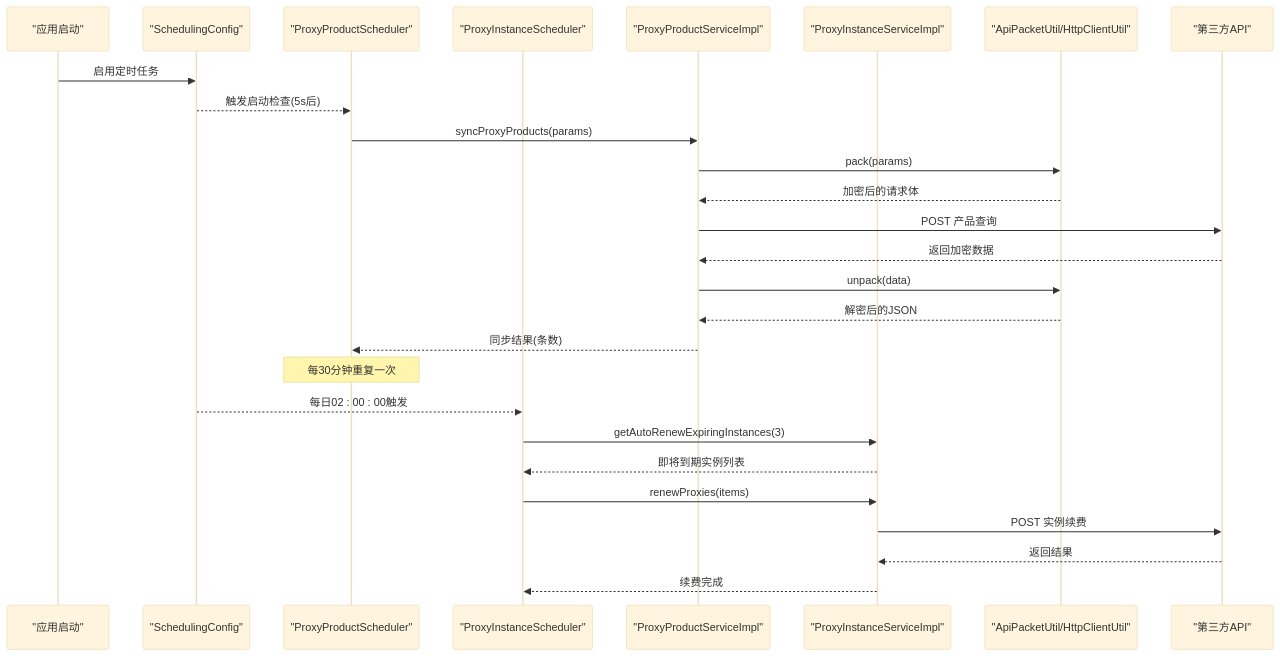
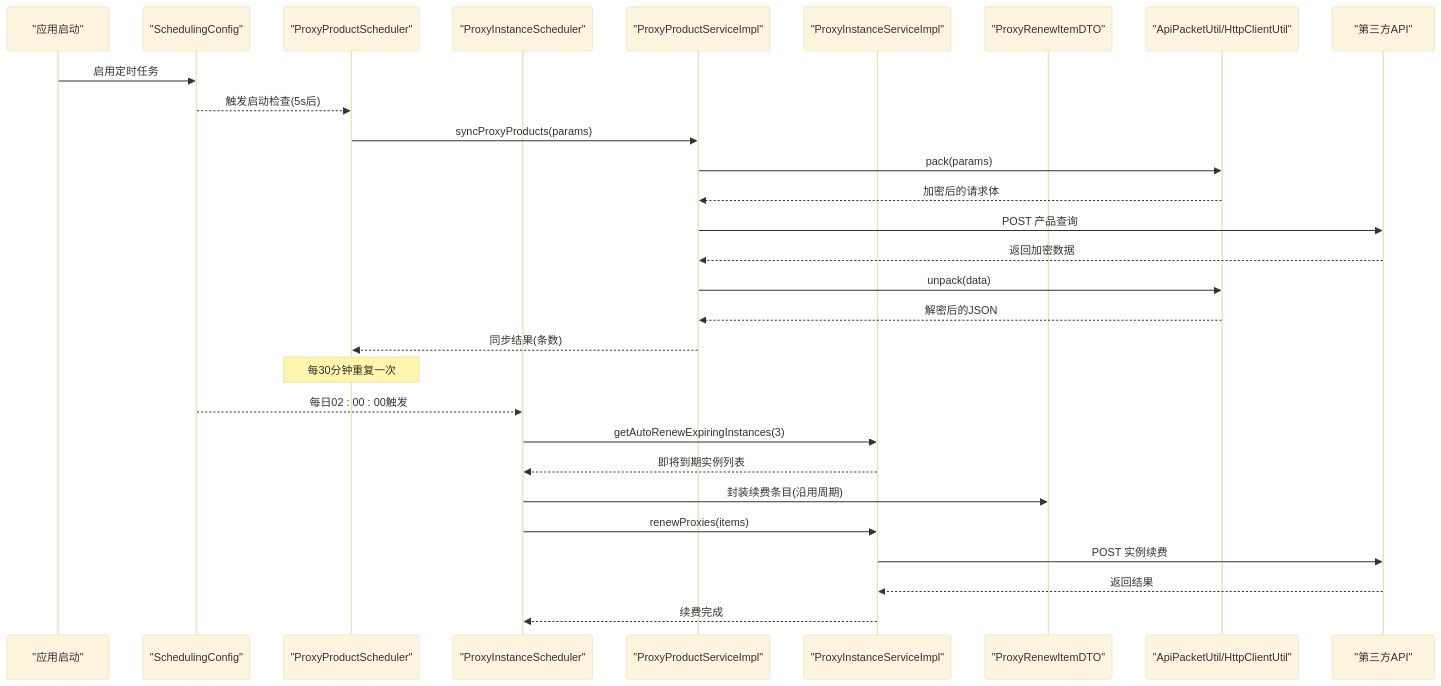
One commit to liaowenxiong/link-fast changed the second of 6 diagrams in .qoder/repowiki/zh/content/业务逻辑实现/定时任务实现.md. Above: the diagram before and after it, drawn with Mermaid (base theme). The commit also changed other lines of this file and 9 other files, not shown here.

````diff
--- a/.qoder/repowiki/zh/content/业务逻辑实现/定时任务实现.md
+++ b/.qoder/repowiki/zh/content/业务逻辑实现/定时任务实现.md
@@ -144,29 +156,31 @@
 ```mermaid
 sequenceDiagram
 participant Boot as "应用启动"
 participant Sched as "SchedulingConfig"
 participant ProdTask as "ProxyProductScheduler"
 participant InstTask as "ProxyInstanceScheduler"
 participant ProdSvc as "ProxyProductServiceImpl"
 participant InstSvc as "ProxyInstanceServiceImpl"
+participant RenewDTO as "ProxyRenewItemDTO"
 participant Util as "ApiPacketUtil/HttpClientUtil"
 participant Ext as "第三方API"
 Boot->>Sched : 启用定时任务
 Sched-->>ProdTask : 触发启动检查(5s后)
 ProdTask->>ProdSvc : syncProxyProducts(params)
 ProdSvc->>Util : pack(params)
 Util-->>ProdSvc : 加密后的请求体
 ProdSvc->>Ext : POST 产品查询
 Ext-->>ProdSvc : 返回加密数据
 ProdSvc->>Util : unpack(data)
 Util-->>ProdSvc : 解密后的JSON
 ProdSvc-->>ProdTask : 同步结果(条数)
 note over ProdTask : 每30分钟重复一次
 Sched-->>InstTask : 每日02 : 00 : 00触发
 InstTask->>InstSvc : getAutoRenewExpiringInstances(3)
 InstSvc-->>InstTask : 即将到期实例列表
+InstTask->>RenewDTO : 封装续费条目(沿用周期)
 InstTask->>InstSvc : renewProxies(items)
 InstSvc->>Ext : POST 实例续费
 Ext-->>InstSvc : 返回结果
 InstSvc-->>InstTask : 续费完成
 ```
````
